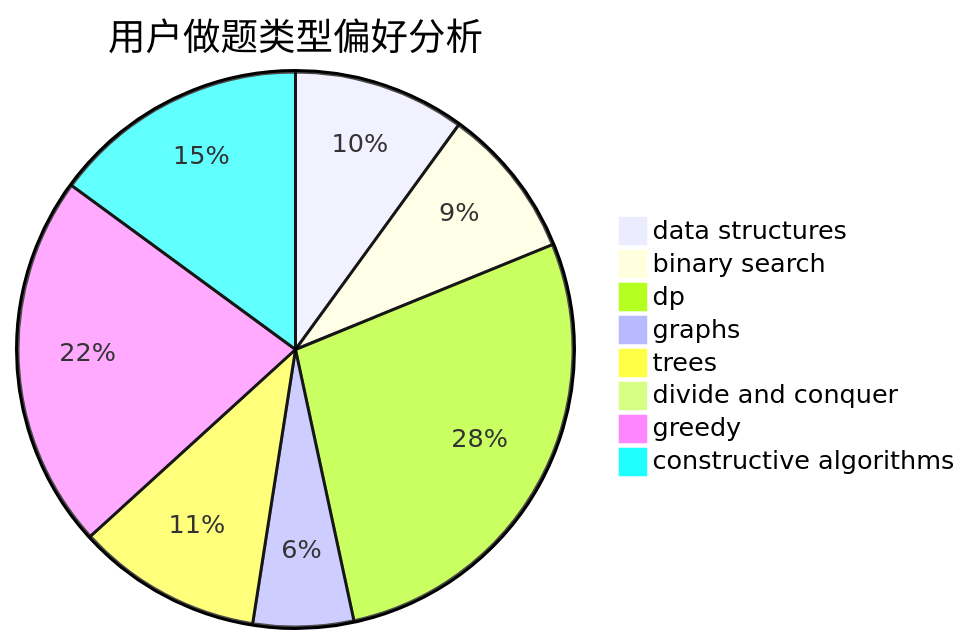
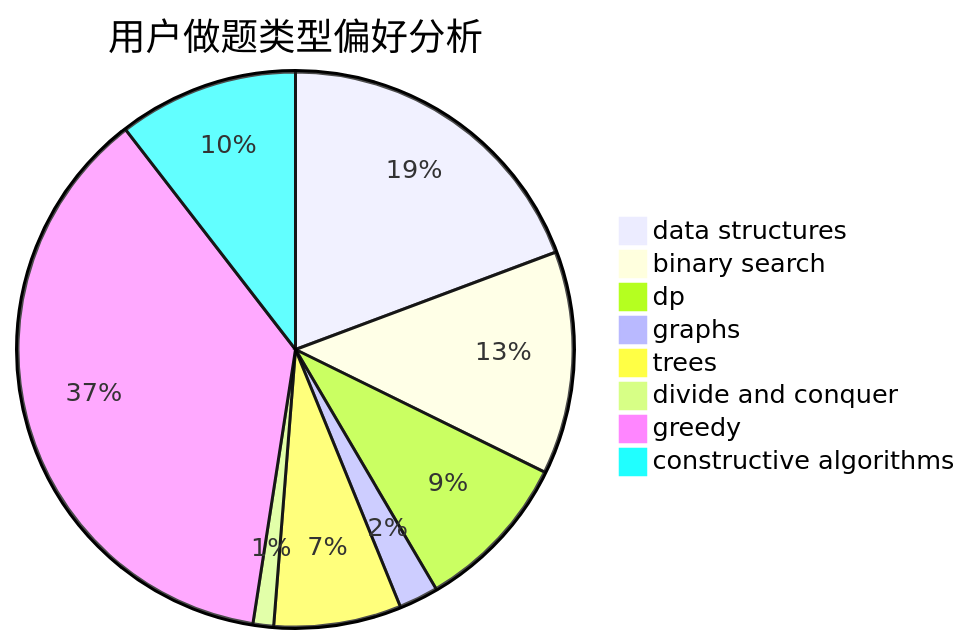
One commit to sherpahu/cfrs.github.io changed the second of 3 diagrams in docs/user/u2597.md. Above: the diagram before and after it, drawn with Mermaid. The commit also changed other lines of this file and 2770 other files, not shown here.

````diff
--- a/docs/user/u2597.md
+++ b/docs/user/u2597.md
@@ -23,11 +23,11 @@
 ```mermaid
 pie title 用户做题类型偏好分析
-    "data structures" :  77
-    "binary search" :  68
-    "dp" :  214
-    "graphs" :  45
-    "trees" :  83
-    "divide and conquer" :  0
-    "greedy" :  168
-    "constructive algorithms" :  115
+    "data structures" :  177
+    "binary search" :  119
+    "dp" :  85
+    "graphs" :  21
+    "trees" :  68
+    "divide and conquer" :  11
+    "greedy" :  340
+    "constructive algorithms" :  96
 ```
````
